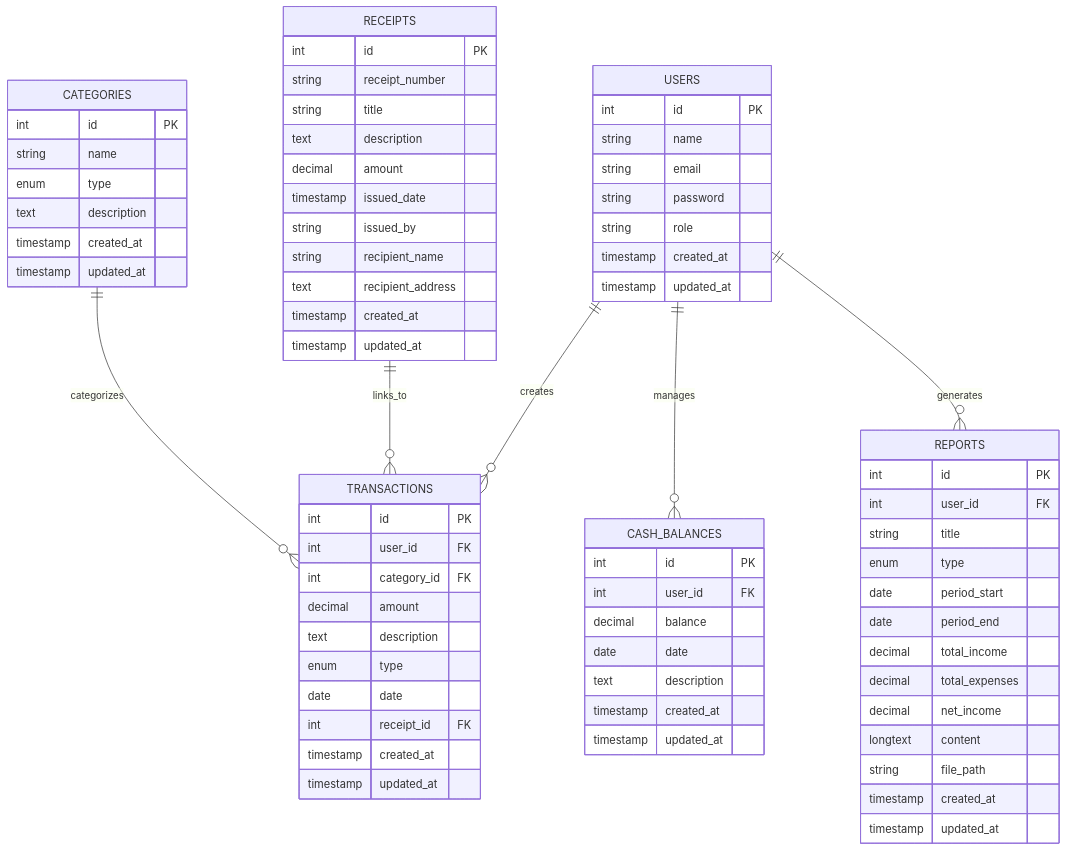
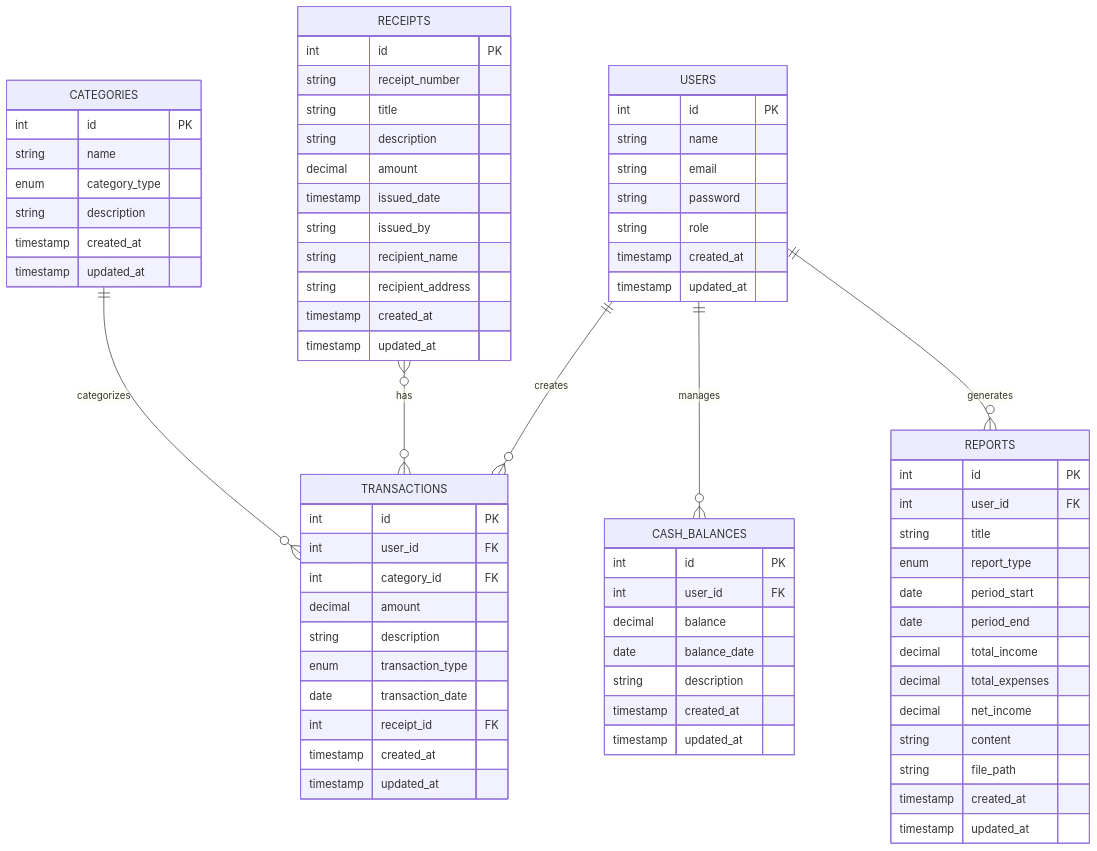
One commit to jabiralawfaa/Sistem-informasi-keuangan-Kel5 changed the diagram in README.md. Above: the diagram before and after it, drawn with Mermaid.

Commit message:
perbaikan erd

````diff
--- a/README.md
+++ b/README.md
@@ -65,80 +65,80 @@
 ```mermaid
 erDiagram
     USERS {
         int id PK
         string name
         string email
         string password
         string role
         timestamp created_at
         timestamp updated_at
     }
     
     CATEGORIES {
         int id PK
         string name
-        enum type
-        text description
+        enum category_type
+        string description
         timestamp created_at
         timestamp updated_at
     }
     
     TRANSACTIONS {
         int id PK
         int user_id FK
         int category_id FK
         decimal amount
-        text description
-        enum type
-        date date
+        string description
+        enum transaction_type
+        date transaction_date
         int receipt_id FK
         timestamp created_at
         timestamp updated_at
     }
     
     RECEIPTS {
         int id PK
         string receipt_number
         string title
-        text description
+        string description
         decimal amount
         timestamp issued_date
         string issued_by
         string recipient_name
-        text recipient_address
+        string recipient_address
         timestamp created_at
         timestamp updated_at
     }
     
     CASH_BALANCES {
         int id PK
         int user_id FK
         decimal balance
-        date date
-        text description
+        date balance_date
+        string description
         timestamp created_at
         timestamp updated_at
     }
     
     REPORTS {
         int id PK
         int user_id FK
         string title
-        enum type
+        enum report_type
         date period_start
         date period_end
         decimal total_income
         decimal total_expenses
         decimal net_income
-        longtext content
+        string content
         string file_path
         timestamp created_at
         timestamp updated_at
     }
 
-    USERS ||--o{ TRANSACTIONS : creates
-    USERS ||--o{ CASH_BALANCES : manages
-    USERS ||--o{ REPORTS : generates
-    CATEGORIES ||--o{ TRANSACTIONS : categorizes
-    RECEIPTS ||--o{ TRANSACTIONS : links_to
+    USERS ||--o{ TRANSACTIONS : "creates"
+    USERS ||--o{ CASH_BALANCES : "manages"
+    USERS ||--o{ REPORTS : "generates"
+    CATEGORIES ||--o{ TRANSACTIONS : "categorizes"
+    RECEIPTS }o--o{ TRANSACTIONS : "has"
 ```
````
